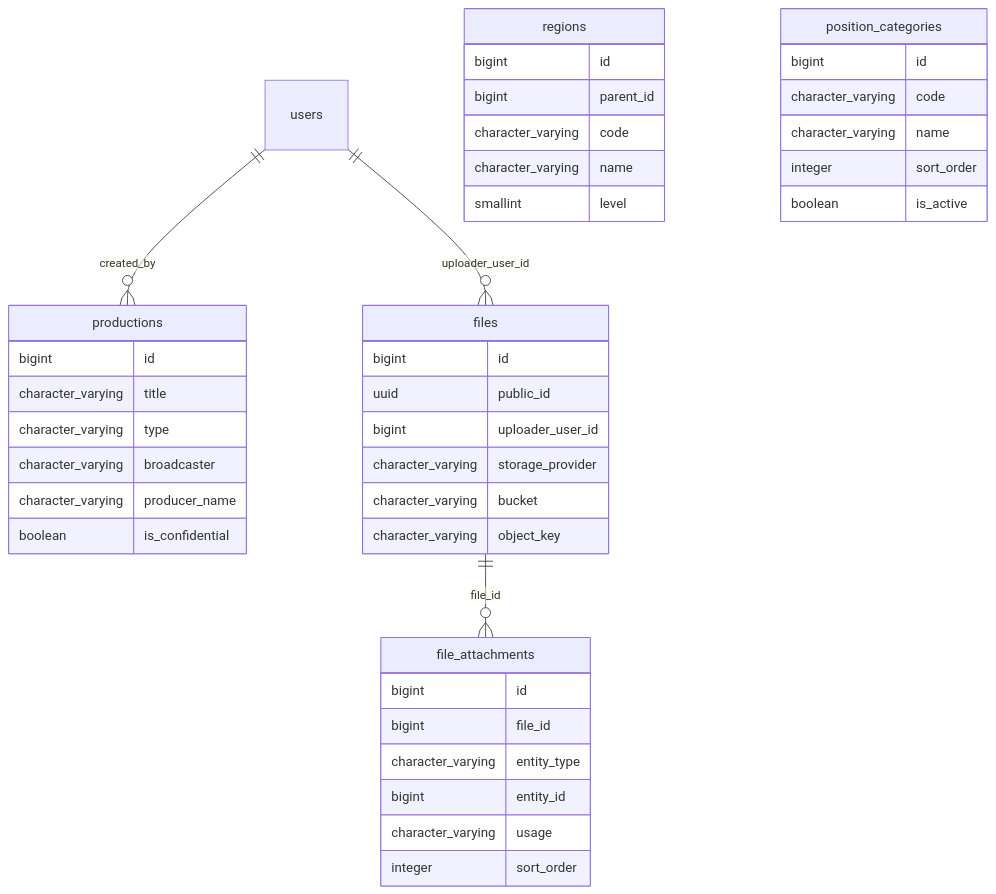
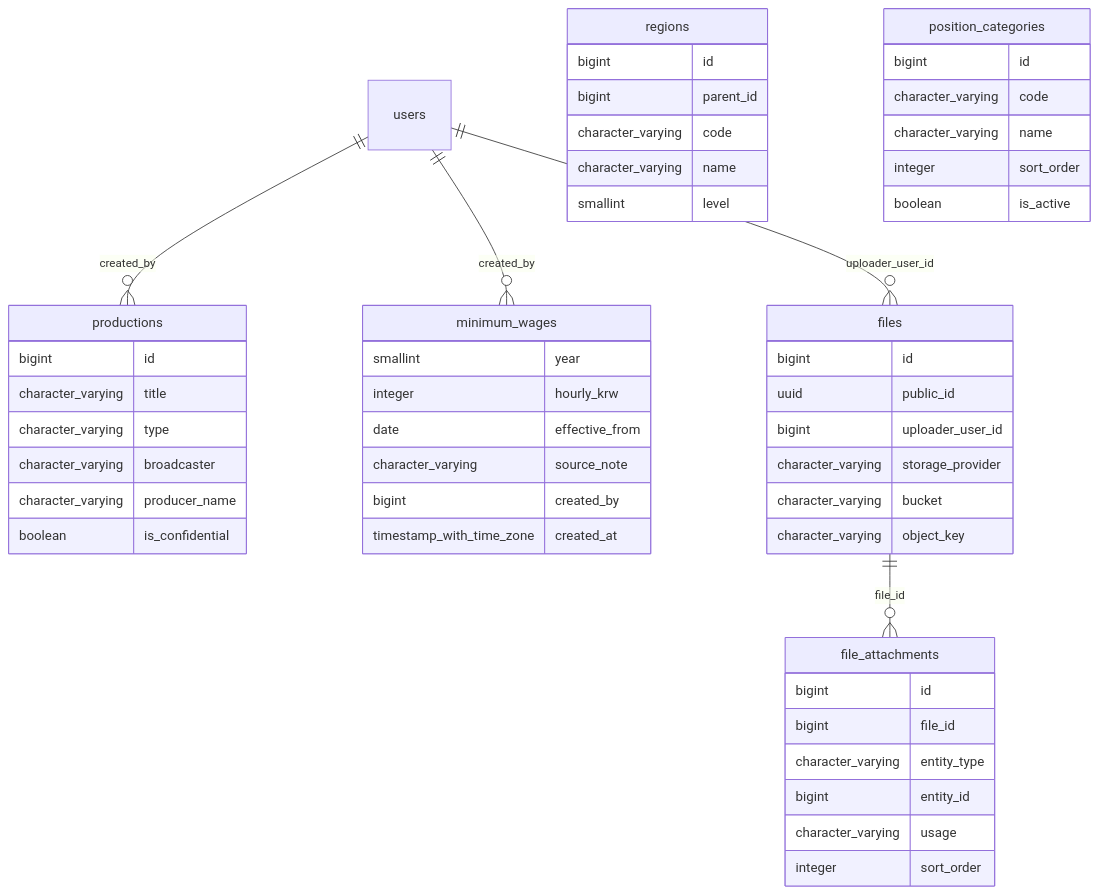
Before and after one commit to 7fsikMinQ/O: the second of 6 diagrams in docs/07_ERD_테이블정의서.md, drawn with Mermaid. The commit also changed other lines of this file and 38 other files, not shown here.

````diff
--- a/docs/07_ERD_테이블정의서.md
+++ b/docs/07_ERD_테이블정의서.md
@@ -107,44 +111,53 @@
 ```mermaid
 erDiagram
   users ||--o{ productions : "created_by"
+  users ||--o{ minimum_wages : "created_by"
   users ||--o{ files : "uploader_user_id"
   files ||--o{ file_attachments : "file_id"
   regions {
     bigint id
     bigint parent_id
     character_varying code
     character_varying name
     smallint level
   }
   position_categories {
     bigint id
     character_varying code
     character_varying name
     integer sort_order
     boolean is_active
   }
   productions {
     bigint id
     character_varying title
     character_varying type
     character_varying broadcaster
     character_varying producer_name
     boolean is_confidential
   }
+  minimum_wages {
+    smallint year
+    integer hourly_krw
+    date effective_from
+    character_varying source_note
+    bigint created_by
+    timestamp_with_time_zone created_at
+  }
   files {
     bigint id
     uuid public_id
     bigint uploader_user_id
     character_varying storage_provider
     character_varying bucket
     character_varying object_key
   }
   file_attachments {
     bigint id
     bigint file_id
     character_varying entity_type
     bigint entity_id
     character_varying usage
     integer sort_order
   }
 ```
````
